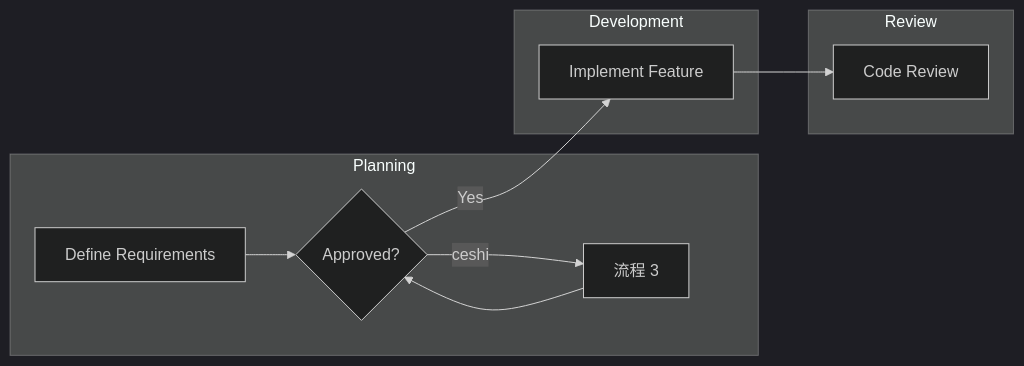
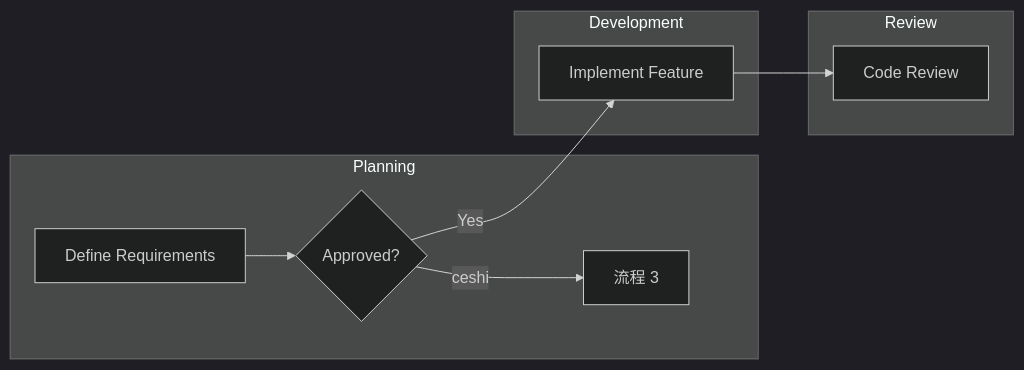
One commit to pingpm/mermaid_vault changed the diagram in mmd/123_b43a13b5-62f2-40f7-9953-98e98a4a432b.mmd. Above: the diagram before and after it, drawn with Mermaid (dark theme). The commit also changed 2 other files, not shown here.

Commit message:
Sync Mermaid Studio data (11 diagrams)

```diff
--- a/mmd/123_b43a13b5-62f2-40f7-9953-98e98a4a432b.mmd
+++ b/mmd/123_b43a13b5-62f2-40f7-9953-98e98a4a432b.mmd
@@ -1,17 +1,16 @@
 graph LR
   subgraph lane_lane_1["Planning"]
-    t_task_2{"Approved?"}
     t_task_1["Define Requirements"]
     t_3d4d3c03_8ba1_4aec_83b1_1abf996d96d6["流程 3"]
+    t_task_2{"Approved?"}
   end
   subgraph lane_lane_2["Development"]
     t_task_3["Implement Feature"]
   end
   subgraph lane_lane_3["Review"]
     t_task_4["Code Review"]
   end
   t_task_1 --> t_task_2
   t_task_2 -->|"Yes"| t_task_3
   t_task_3 --> t_task_4
   t_task_2 -->|"ceshi"| t_3d4d3c03_8ba1_4aec_83b1_1abf996d96d6
-  t_3d4d3c03_8ba1_4aec_83b1_1abf996d96d6 --> t_task_2
```
